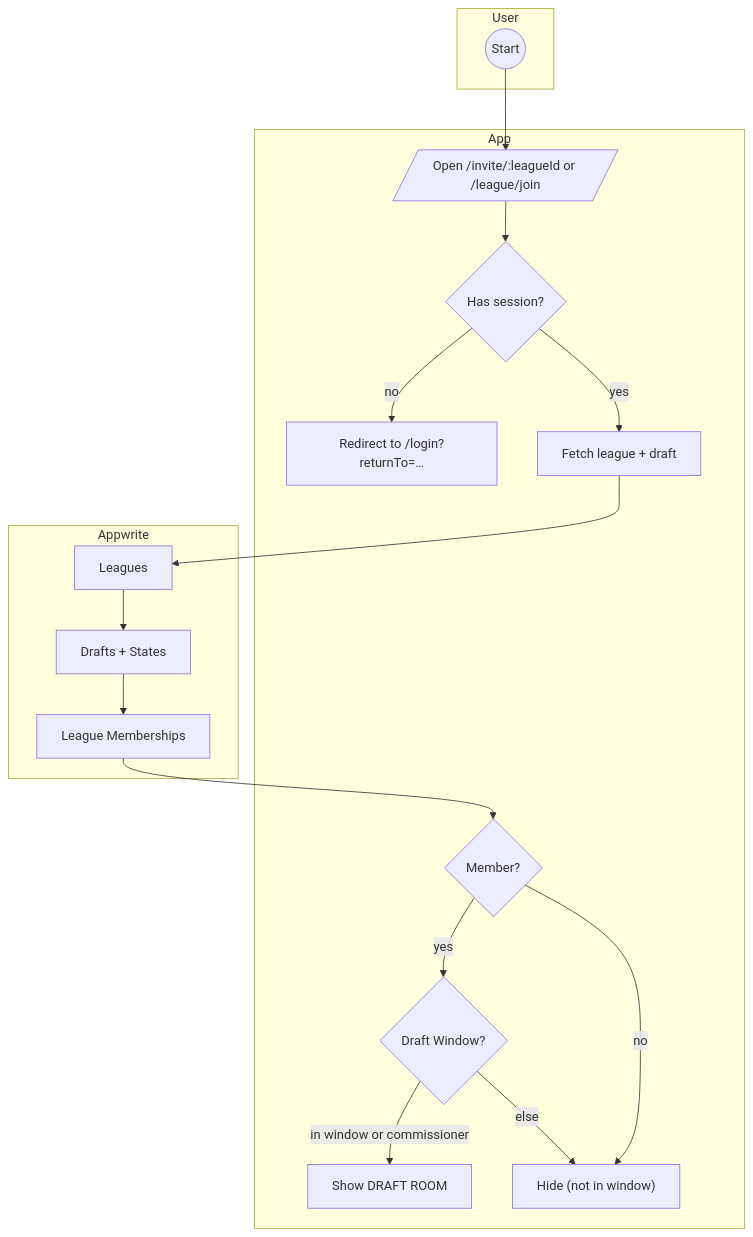
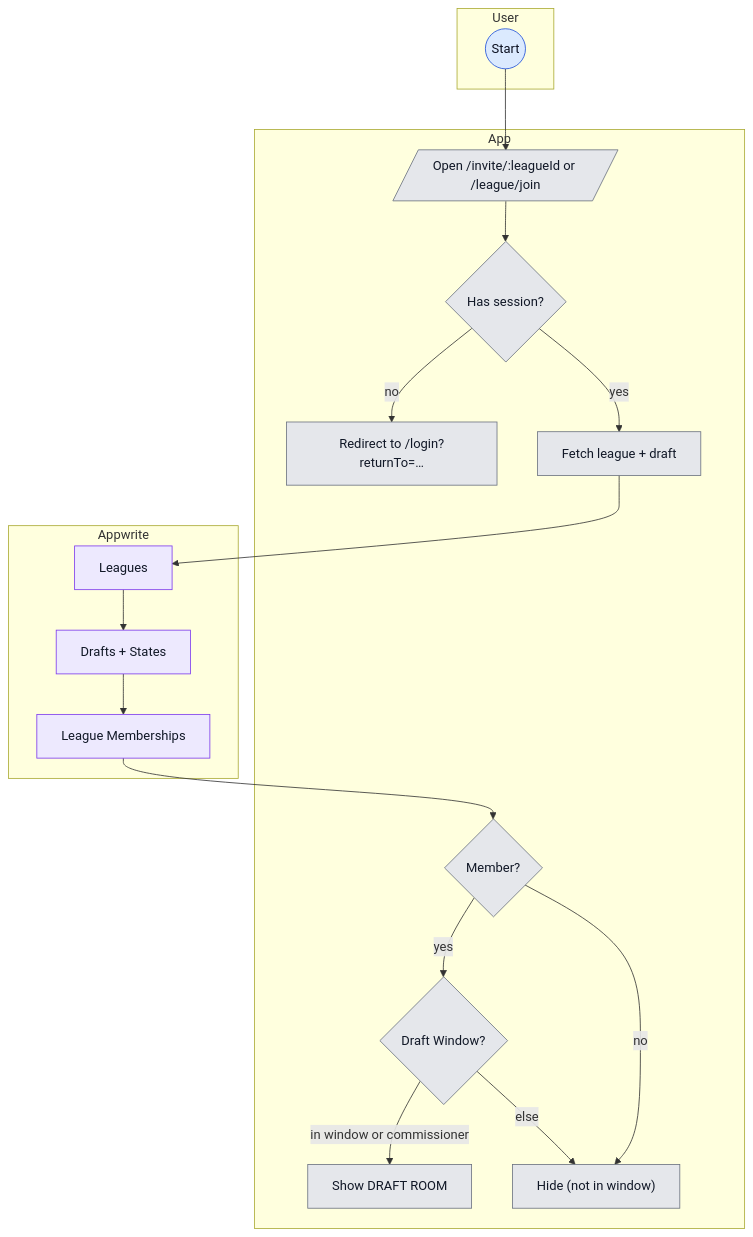
The diagram in docs/diagrams/user-journeys/auth-invite-join-and-draft-room.md (kpm34/college-football-fantasy-app), drawn with Mermaid before and after one commit. The commit also changed 20 other files, not shown here.

````diff
--- a/docs/diagrams/user-journeys/auth-invite-join-and-draft-room.md
+++ b/docs/diagrams/user-journeys/auth-invite-join-and-draft-room.md
@@ -7,31 +7,39 @@
 ```mermaid
 flowchart TD
   %% Simplify subgraph titles to avoid bracket parsing issues
   subgraph User
     U0((Start))
   end
   subgraph App
     %% Replace bracket params to avoid Mermaid NODE_ID parsing issues
     A1[/Open /invite/:leagueId or /league/join/]
     A2{Has session?}
     A3[Redirect to /login?returnTo=…]
     A4[Fetch league + draft]
     A5{Member?}
     A6{Draft Window?}
     A7["Show DRAFT ROOM"]
     A8["Hide (not in window)"]
   end
   subgraph Appwrite
     W1[Leagues]
     W2[Drafts + States]
     W3[League Memberships]
   end
 
   U0 --> A1 --> A2
   A2 -- no --> A3
   A2 -- yes --> A4 --> W1 --> W2 --> W3 --> A5
   A5 -- yes --> A6
   A5 -- no --> A8
   A6 -- in window or commissioner --> A7
   A6 -- else --> A8
+
+  %% Lane colors (match UI legend)
+  classDef laneUser fill:#DBEAFE,stroke:#1D4ED8,color:#0B1020
+  classDef laneApp fill:#E5E7EB,stroke:#6B7280,color:#111827
+  classDef laneAppwrite fill:#EDE9FE,stroke:#7C3AED,color:#111827
+  class U0 laneUser
+  class A1,A2,A3,A4,A5,A6,A7,A8 laneApp
+  class W1,W2,W3 laneAppwrite
 ```
````
